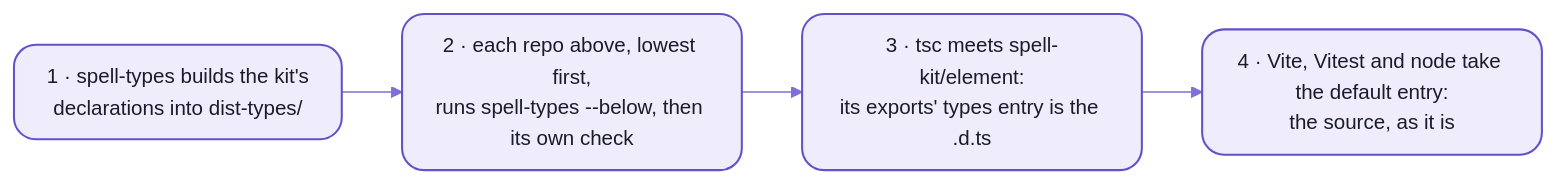
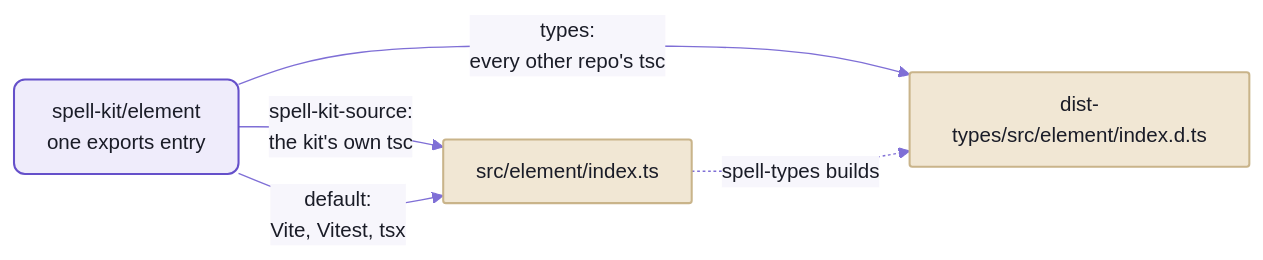
Before and after one commit to spell-app/spell: the second of 2 diagrams in README-toolchain.md, drawn with Mermaid. The commit also changed other lines of this file and 12 other files, not shown here.

````diff
--- a/README-toolchain.md
+++ b/README-toolchain.md
@@ -138,11 +249,13 @@
 ```mermaid
 %%{init: {"theme":"base","themeVariables":{"fontFamily":"-apple-system, BlinkMacSystemFont, Segoe UI, Helvetica, Arial, sans-serif","fontSize":"15px","primaryColor":"#EFECFB","primaryBorderColor":"#6550CA","primaryTextColor":"#1A1C27","secondaryColor":"#F4F1E9","tertiaryColor":"#F7F6FC","lineColor":"#7F6FD6","textColor":"#7F6FD6","clusterBkg":"#F7F6FC","clusterBorder":"#B9B0E8","titleColor":"#1A1C27","edgeLabelBackground":"#F7F6FC","actorBkg":"#EFECFB","actorBorder":"#6550CA","actorTextColor":"#1A1C27","actorLineColor":"#9C90DE","signalColor":"#7F6FD6","signalTextColor":"#7F6FD6","labelBoxBkgColor":"#EFECFB","labelBoxBorderColor":"#6550CA","labelTextColor":"#1A1C27","loopTextColor":"#7F6FD6","noteBkgColor":"#F1E7D4","noteBorderColor":"#C9B48A","noteTextColor":"#1A1C27","activationBkgColor":"#DCD6F7","activationBorderColor":"#6550CA","sequenceNumberColor":"#FFFFFF"},"flowchart":{"curve":"basis","padding":12,"nodeSpacing":40,"rankSpacing":44}}}%%
 flowchart LR
-  types["1 · spell-types builds the kit's<br/>declarations into dist-types/"] --> ts["2 · each repo above, lowest first,<br/>runs spell-types --below, then its own check"]
-  ts --> tsc["3 · tsc meets spell-kit/element:<br/>its exports' types entry is the .d.ts"]
-  tsc --> vite["4 · Vite, Vitest and node take the default entry:<br/>the source, as it is"]
+  entry["spell-kit/element<br/>one exports entry"]
+  entry -- "spell-kit-source:<br/>the kit's own tsc" --> src["src/element/index.ts"]
+  entry -- "default:<br/>Vite, Vitest, tsx" --> src
+  entry -- "types:<br/>every other repo's tsc" --> dts["dist-types/src/element/index.d.ts"]
+  src -. "spell-types builds" .-> dts
   %% the Spell look:  yarn mermaid:pretty
   classDef default fill:#EFECFB,stroke:#6550CA,stroke-width:1.5px,color:#1A1C27,rx:8px,ry:8px
-  classDef step fill:#EFECFB,stroke:#6550CA,stroke-width:1.5px,color:#1A1C27,rx:16px,ry:16px
-  class types,ts,tsc,vite step
+  classDef data fill:#F1E7D4,stroke:#C9B48A,stroke-width:1.5px,color:#1A1C27,rx:2px,ry:2px
+  class src,dts data
 ```
````
